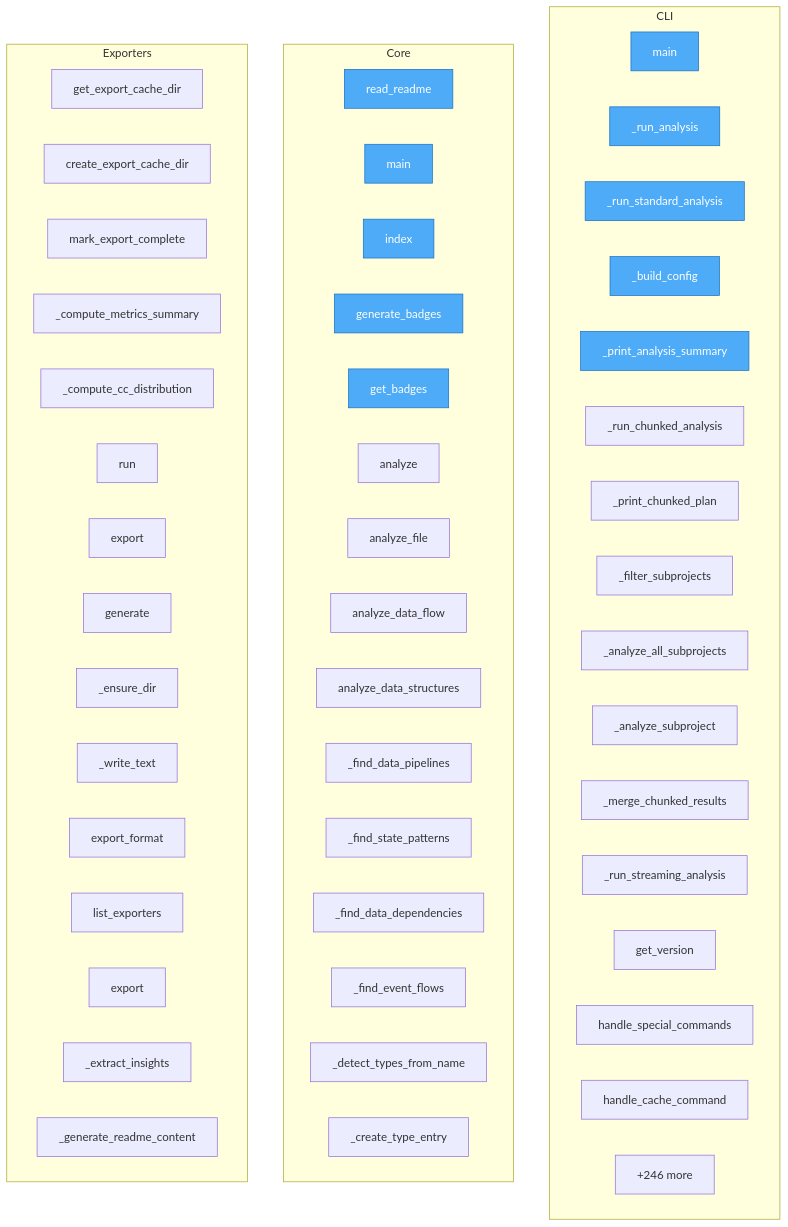
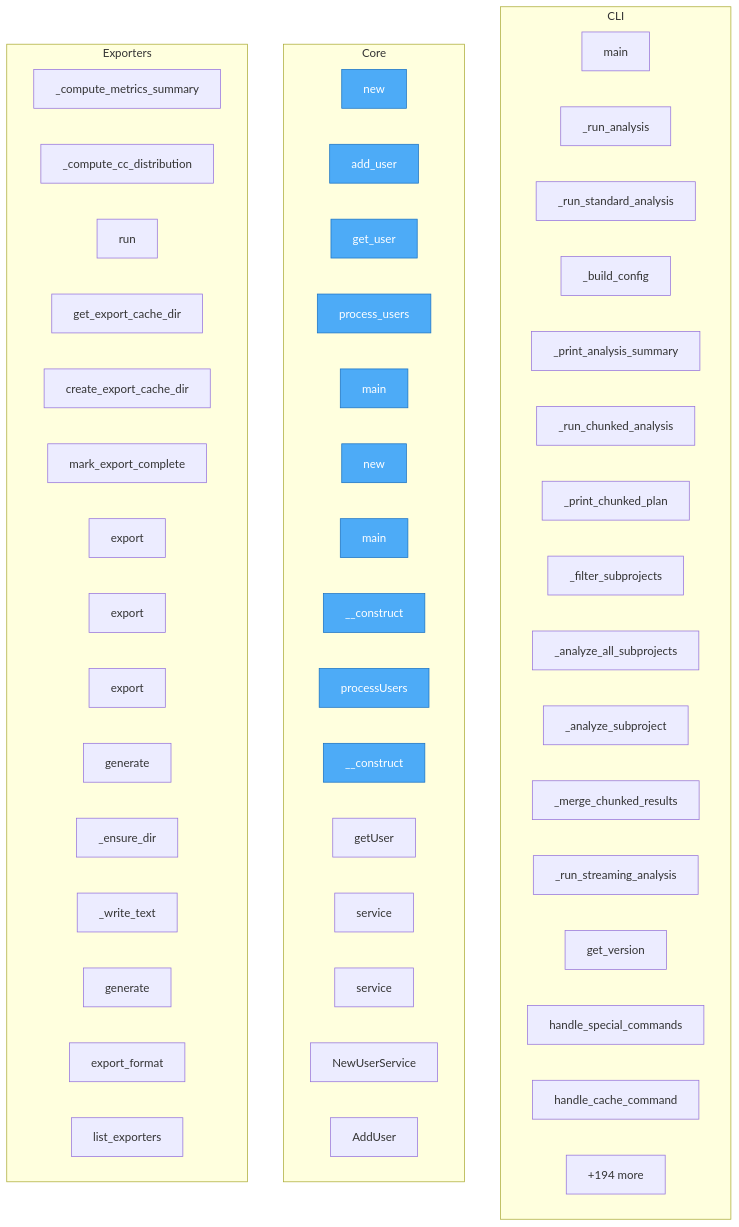
One commit to wronai/code2flow changed the diagram in project/flow.mmd. Above: the diagram before and after it, drawn with Mermaid. The commit also changed 44 other files, not shown here.

```diff
--- a/project/flow.mmd
+++ b/project/flow.mmd
@@ -1,63 +1,63 @@
 flowchart TD
 
     %% Entry points (blue)
     classDef entry fill:#4dabf7,stroke:#1971c2,color:#fff
 
     subgraph CLI
         code2llm__cli__main["main"]
         code2llm__cli_analysis___run_analysis["_run_analysis"]
         code2llm__cli_analysis___run_standard_analysis["_run_standard_analysis"]
         code2llm__cli_analysis___build_config["_build_config"]
         code2llm__cli_analysis___print_analysis_summary["_print_analysis_summary"]
         code2llm__cli_analysis___run_chunked_analysis["_run_chunked_analysis"]
         code2llm__cli_analysis___print_chunked_plan["_print_chunked_plan"]
         code2llm__cli_analysis___filter_subprojects["_filter_subprojects"]
         code2llm__cli_analysis___analyze_all_subprojects["_analyze_all_subprojects"]
         code2llm__cli_analysis___analyze_subproject["_analyze_subproject"]
         code2llm__cli_analysis___merge_chunked_results["_merge_chunked_results"]
         code2llm__cli_analysis___run_streaming_analysis["_run_streaming_analysis"]
         code2llm__cli_parser__get_version["get_version"]
         code2llm__cli_commands__handle_special_commands["handle_special_commands"]
         code2llm__cli_commands__handle_cache_command["handle_cache_command"]
-        ...["+68 more"]
+        ...["+75 more"]
     end
 
     subgraph Core
-        setup__read_readme["read_readme"]
-        validate_toon__main["main"]
-        badges__server__index["index"]
-        badges__server__generate_badges["generate_badges"]
-        badges__server__get_badges["get_badges"]
-        code2llm__api__analyze["analyze"]
-        code2llm__api__analyze_file["analyze_file"]
-        code2llm__analysis__data_analysis__DataAnalyzer__analyze_data_flow["analyze_data_flow"]
-        code2llm__analysis__data_analysis__DataAnalyzer__analyze_data_structures["analyze_data_structures"]
-        code2llm__analysis__data_analysis__DataAnalyzer___find_data_pipelines["_find_data_pipelines"]
-        code2llm__analysis__data_analysis__DataAnalyzer___find_state_patterns["_find_state_patterns"]
-        code2llm__analysis__data_analysis__DataAnalyzer___find_data_dependencies["_find_data_dependencies"]
-        code2llm__analysis__data_analysis__DataAnalyzer___find_event_flows["_find_event_flows"]
-        code2llm__analysis__data_analysis__DataAnalyzer___detect_types_from_name["_detect_types_from_name"]
-        code2llm__analysis__data_analysis__DataAnalyzer___create_type_entry["_create_type_entry"]
-        ...["+334 more"]
+        test_langs__valid__sample__new["new"]
+        test_langs__valid__sample__add_user["add_user"]
+        test_langs__valid__sample__get_user["get_user"]
+        test_langs__valid__sample__process_users["process_users"]
+        test_langs__valid__sample__main["main"]
+        test_langs__invalid__sample_bad__new["new"]
+        test_langs__invalid__sample_bad__main["main"]
+        test_langs__valid__sample__User____construct["__construct"]
+        test_langs__valid__sample__UserService__processUsers["processUsers"]
+        test_langs__invalid__sample_bad__User____construct["__construct"]
+        test_langs__invalid__sample_bad__UserService__getUser["getUser"]
+        test_langs__invalid__sample_bad__UserService__service["service"]
+        test_langs__valid__sample__UserService__service["service"]
+        test_langs__valid__sample__NewUserService["NewUserService"]
+        test_langs__valid__sample__AddUser["AddUser"]
+        ...["+378 more"]
     end
 
     subgraph Exporters
+        code2llm__core__export_pipeline__SharedExportContext___compute_metrics_summary["_compute_metrics_summary"]
+        code2llm__core__export_pipeline__SharedExportContext___compute_cc_distribution["_compute_cc_distribution"]
+        code2llm__core__export_pipeline__ExportPipeline__run["run"]
         code2llm__core__persistent_cache__PersistentCache__get_export_cache_dir["get_export_cache_dir"]
         code2llm__core__persistent_cache__PersistentCache__create_export_cache_dir["create_export_cache_dir"]
         code2llm__core__persistent_cache__PersistentCache__mark_export_complete["mark_export_complete"]
-        code2llm__core__export_pipeline__SharedExportContext___compute_metrics_summary["_compute_metrics_summary"]
-        code2llm__core__export_pipeline__SharedExportContext___compute_cc_distribution["_compute_cc_distribution"]
-        code2llm__core__export_pipeline__ExportPipeline__run["run"]
+        code2llm__exporters__readme_exporter__READMEExporter__export["export"]
+        code2llm__exporters__map_exporter__MapExporter__export["export"]
         code2llm__exporters__base__BaseExporter__export["export"]
         code2llm__exporters__base__BaseExporter__generate["generate"]
         code2llm__exporters__base__BaseExporter___ensure_dir["_ensure_dir"]
         code2llm__exporters__base__BaseExporter___write_text["_write_text"]
+        code2llm__exporters__base__ViewGeneratorMixin__generate["generate"]
         code2llm__exporters__base__export_format["export_format"]
         code2llm__exporters__base__list_exporters["list_exporters"]
-        code2llm__exporters__readme_exporter__READMEExporter__export["export"]
-        code2llm__exporters__readme_exporter__READMEExporter___extract_insights["_extract_insights"]
-        code2llm__exporters__readme_exporter__READMEExporter___generate_readme_content["_generate_readme_content"]
-        ...["+246 more"]
+        ...["+194 more"]
     end
 
-    class setup__read_readme,validate_toon__main,badges__server__index,badges__server__generate_badges,badges__server__get_badges,code2llm__cli__main,code2llm__cli_analysis___run_analysis,code2llm__cli_analysis___run_standard_analysis,code2llm__cli_analysis___build_config,code2llm__cli_analysis___print_analysis_summary entry
+    class test_langs__valid__sample__new,test_langs__valid__sample__add_user,test_langs__valid__sample__get_user,test_langs__valid__sample__process_users,test_langs__valid__sample__main,test_langs__invalid__sample_bad__new,test_langs__invalid__sample_bad__main,test_langs__valid__sample__User____construct,test_langs__valid__sample__UserService__processUsers,test_langs__invalid__sample_bad__User____construct entry
```
